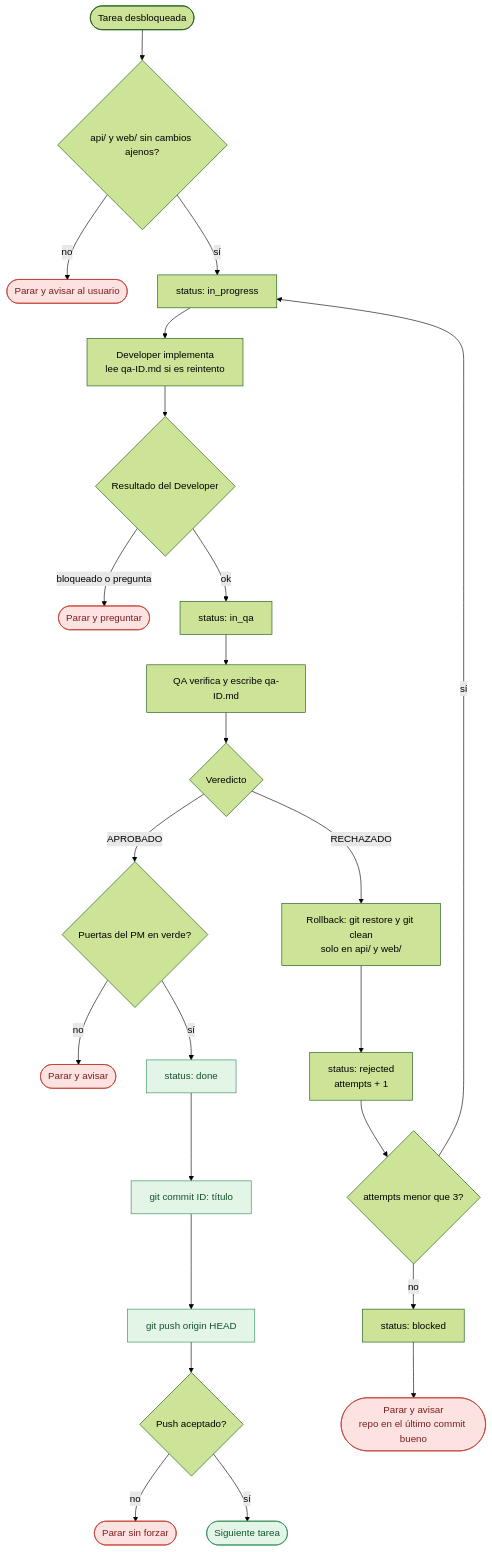
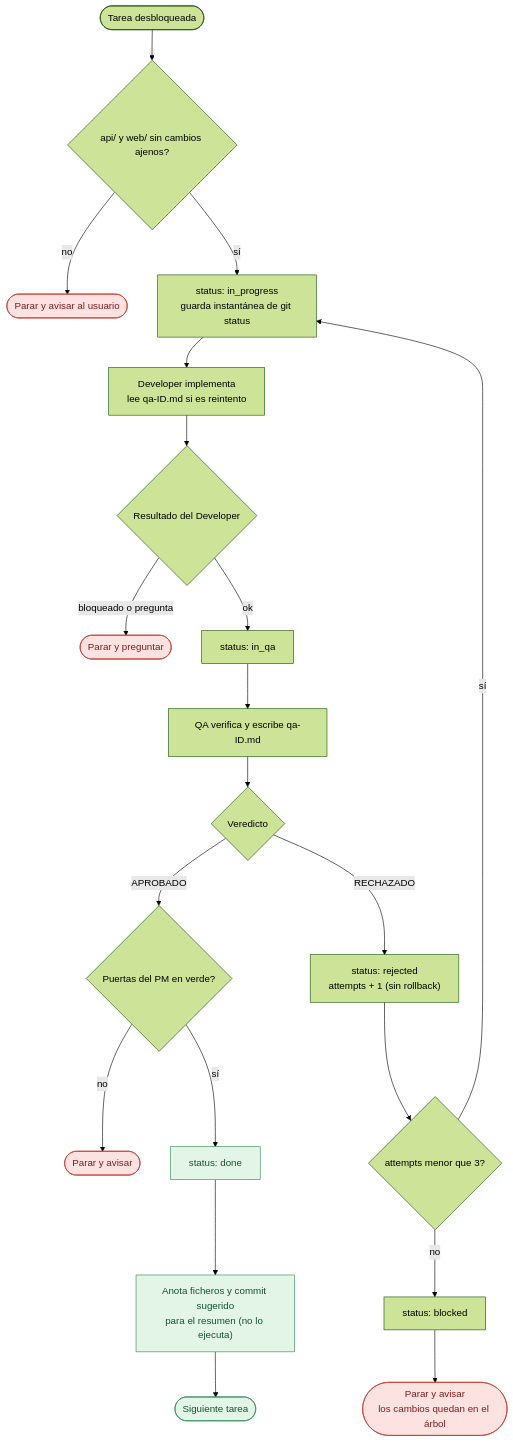
The fourth of 11 diagrams in flujo-agents.md (JordiTurell/GrangesAndreu), drawn with Mermaid (forest theme) before and after one commit. The commit also changed other lines of this file and 13 other files, not shown here.

````diff
--- a/flujo-agents.md
+++ b/flujo-agents.md
@@ -91,33 +92,29 @@
 ```mermaid
 flowchart TD
     A([Tarea desbloqueada]) --> B{"api/ y web/ sin cambios ajenos?"}
     B -->|no| S1([Parar y avisar al usuario])
-    B -->|sí| C["status: in_progress"]
+    B -->|sí| C["status: in_progress<br/>guarda instantánea de git status"]
     C --> D["Developer implementa<br/>lee qa-ID.md si es reintento"]
     D --> E{"Resultado del Developer"}
     E -->|bloqueado o pregunta| S2([Parar y preguntar])
     E -->|ok| F["status: in_qa"]
     F --> G["QA verifica y escribe qa-ID.md"]
     G --> H{"Veredicto"}
 
     H -->|APROBADO| I{"Puertas del PM en verde?"}
     I -->|no| S3([Parar y avisar])
     I -->|sí| J["status: done"]
-    J --> K["git commit ID: título"]
-    K --> L["git push origin HEAD"]
-    L --> M{"Push aceptado?"}
-    M -->|no| S4([Parar sin forzar])
-    M -->|sí| N([Siguiente tarea])
+    J --> K["Anota ficheros y commit sugerido<br/>para el resumen (no lo ejecuta)"]
+    K --> N([Siguiente tarea])
 
-    H -->|RECHAZADO| R["Rollback: git restore y git clean<br/>solo en api/ y web/"]
-    R --> T["status: rejected<br/>attempts + 1"]
+    H -->|RECHAZADO| T["status: rejected<br/>attempts + 1 (sin rollback)"]
     T --> V{"attempts menor que 3?"}
     V -->|sí| C
     V -->|no| W["status: blocked"]
-    W --> S5([Parar y avisar<br/>repo en el último commit bueno])
+    W --> S5([Parar y avisar<br/>los cambios quedan en el árbol])
 
     classDef stop fill:#fde2e2,stroke:#c0392b,color:#7b1d1d
     classDef ok fill:#e2f5e6,stroke:#2e8b57,color:#14532d
-    class S1,S2,S3,S4,S5 stop
-    class N,J,K,L ok
+    class S1,S2,S3,S5 stop
+    class N,J,K ok
 ```
````
